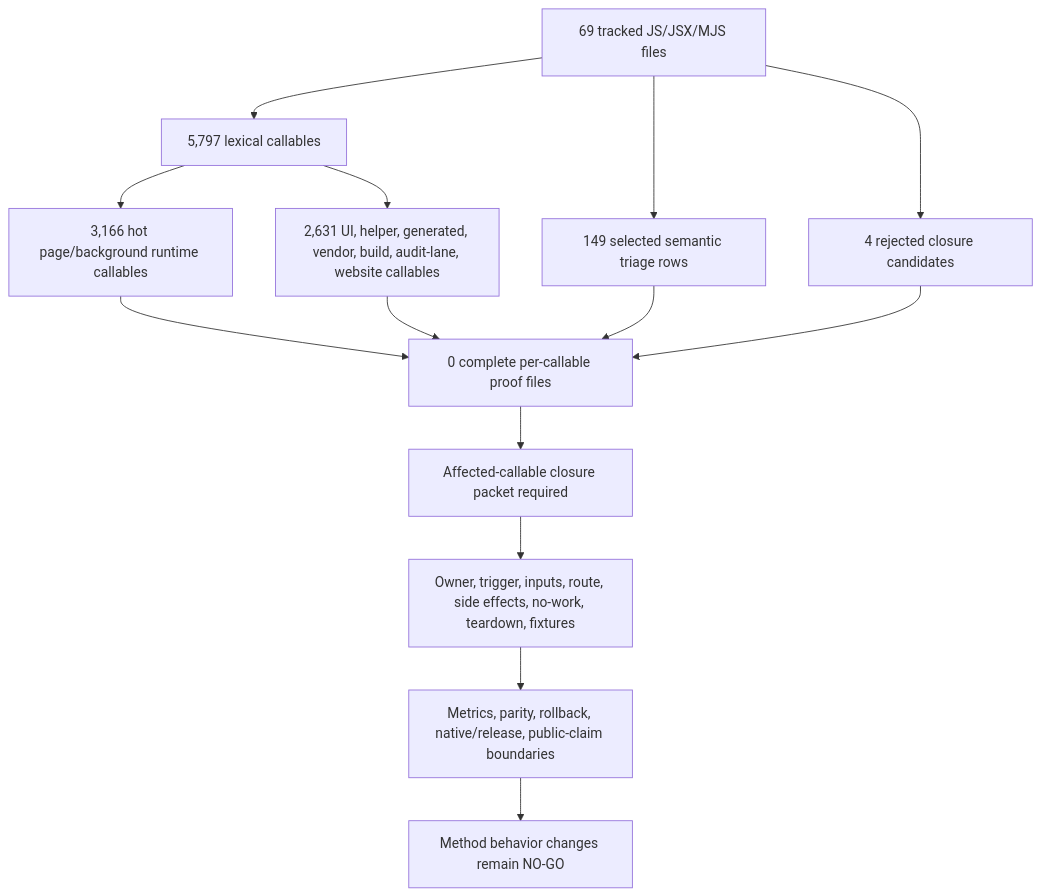
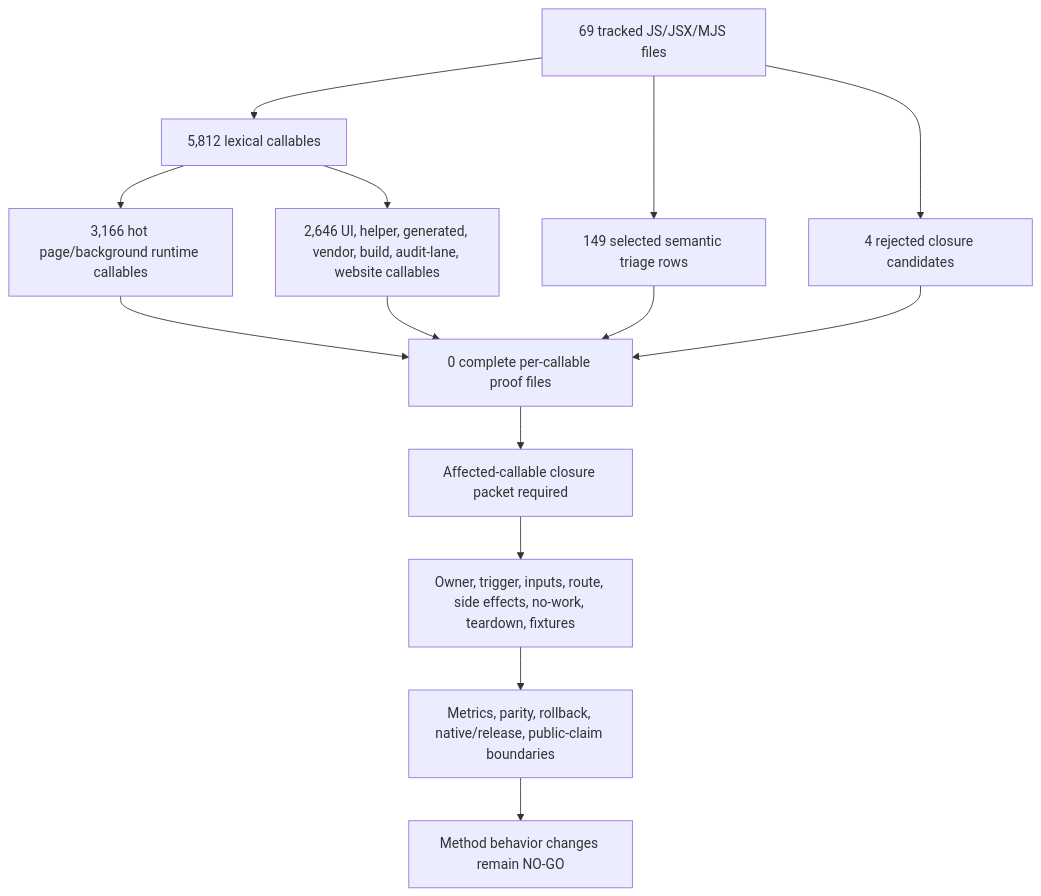
One commit to varshneydevansh/FilterTube changed the first of 2 diagrams in docs/audit/FILTERTUBE_METHOD_SEMANTIC_PROOF_GAP_INDEX_CURRENT_BEHAVIOR_2026-05-25.md. Above: the diagram before and after it, drawn with Mermaid. The commit also changed other lines of this file and 613 other files, not shown here.

````diff
--- a/docs/audit/FILTERTUBE_METHOD_SEMANTIC_PROOF_GAP_INDEX_CURRENT_BEHAVIOR_2026-05-25.md
+++ b/docs/audit/FILTERTUBE_METHOD_SEMANTIC_PROOF_GAP_INDEX_CURRENT_BEHAVIOR_2026-05-25.md
@@ -130,16 +130,16 @@
 ```mermaid
 flowchart TD
-  A["69 tracked JS/JSX/MJS files"] --> B["5,797 lexical callables"]
+  A["69 tracked JS/JSX/MJS files"] --> B["5,812 lexical callables"]
   B --> C["3,166 hot page/background runtime callables"]
-  B --> D["2,631 UI, helper, generated, vendor, build, audit-lane, website callables"]
+  B --> D["2,646 UI, helper, generated, vendor, build, audit-lane, website callables"]
   A --> E["149 selected semantic triage rows"]
   A --> F["4 rejected closure candidates"]
   C --> G["0 complete per-callable proof files"]
   D --> G
   E --> G
   F --> G
   G --> H["Affected-callable closure packet required"]
   H --> I["Owner, trigger, inputs, route, side effects, no-work, teardown, fixtures"]
   I --> J["Metrics, parity, rollback, native/release, public-claim boundaries"]
   J --> K["Method behavior changes remain NO-GO"]
 ```
````
